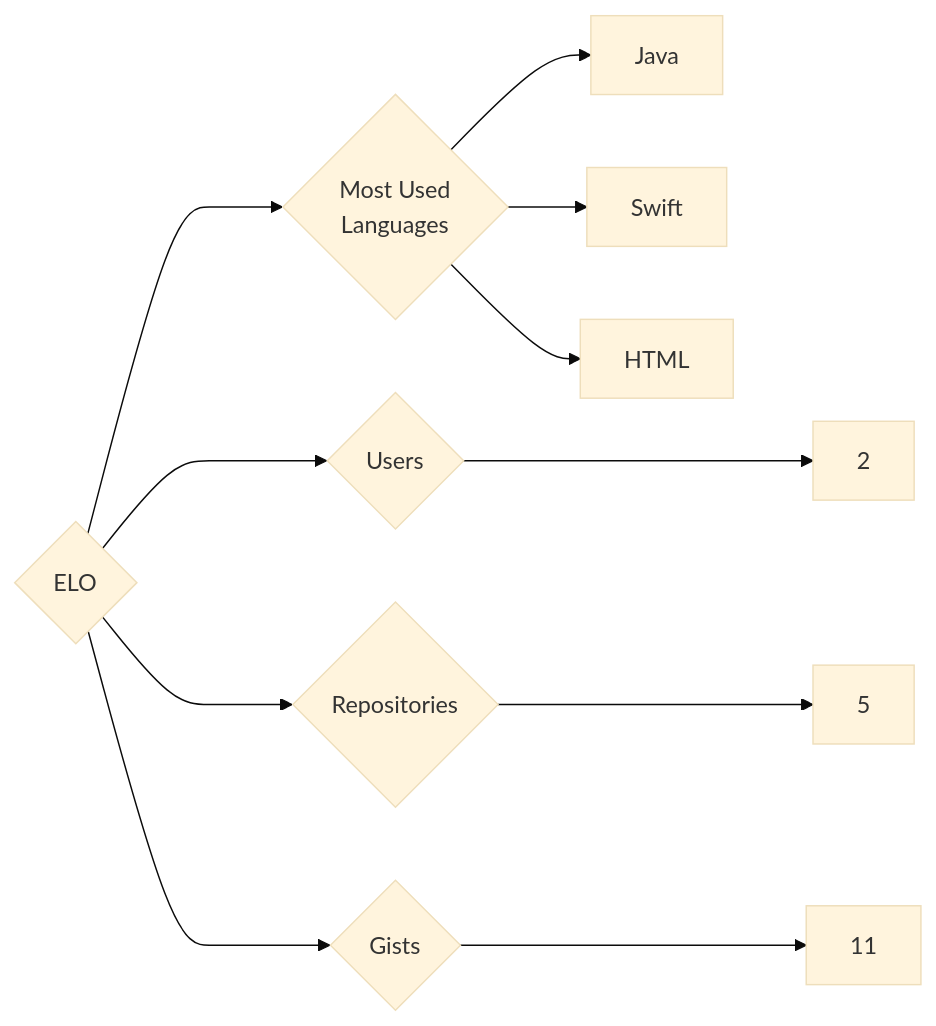
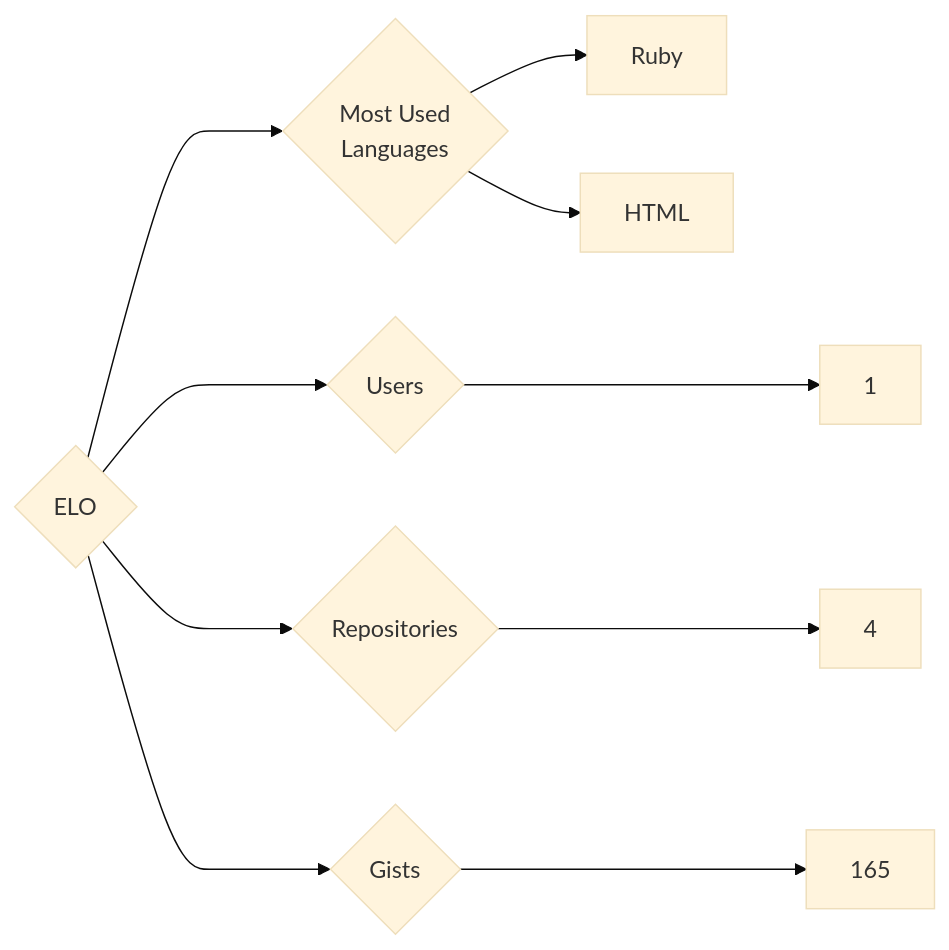
Before and after one commit to trickest/insiders: the diagram in targets/ELO/README.md, drawn with Mermaid (base theme). The commit also changed 998 other files, not shown here.

````diff
--- a/targets/ELO/README.md
+++ b/targets/ELO/README.md
@@ -3,11 +3,10 @@
 ```mermaid
 graph LR
 COMPANY_NAME{ELO}
-COMPANY_NAME ---> U{Users} ---> UN[2]
-COMPANY_NAME ---> R{Repositories} ---> RN[5]
-COMPANY_NAME ---> G{Gists} ---> GN[11]
+COMPANY_NAME ---> U{Users} ---> UN[1]
+COMPANY_NAME ---> R{Repositories} ---> RN[4]
+COMPANY_NAME ---> G{Gists} ---> GN[165]
 COMPANY_NAME ---> ML{Most Used<br>Languages}
-ML --> Java[Java]
-ML --> Swift[Swift]
+ML --> Ruby[Ruby]
 ML --> HTML[HTML]
 ```
````
